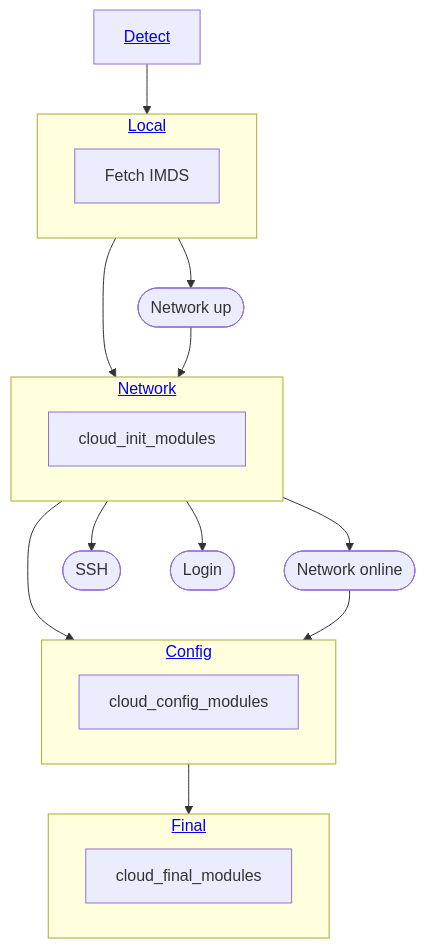
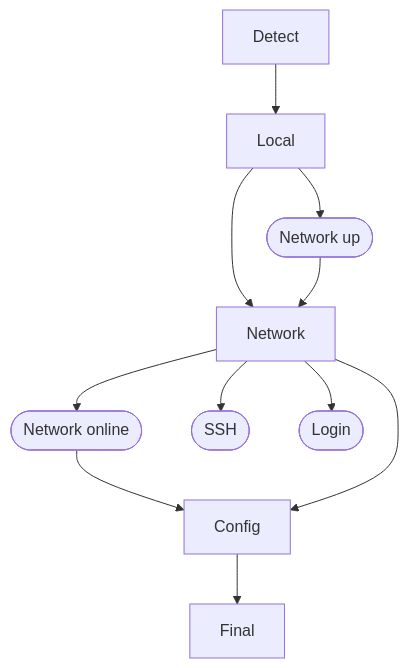
Before and after one commit to canonical/cloud-init: the diagram in doc/rtd/explanation/boot.rst, drawn with Mermaid.

```diff
--- a/doc/rtd/explanation/boot.rst
+++ b/doc/rtd/explanation/boot.rst
@@ -12,33 +12,27 @@
 .. mermaid::
 
   graph TB
 
-    D["<a href='#detect'>Detect</a>"] --> L
+    D[Detect]
+    L[Local]
+    N[Network]
+    C[Config]
+    F[Final]
+
+    click L "#local"
+    click N "#network"
+    click D "#detect"
+    click C "#config"
+    click F "#final"
 
     L --> NU([Network up])
-    L --> N
-    NU --> N
-
-    subgraph L["<a href='#local'>Local</a>"]
-        FI[Fetch IMDS]
-    end
-
     N --> NO([Network online])
-    N --> C
-    NO --> C
     N --> S([SSH])
     N --> Login([Login])
 
-    subgraph N["<a href='#network'>Network</a>"]
-        cloud_init_modules
-    end
-    %% cloud_config_modules
-
-    subgraph C["<a href='#config'>Config</a>"]
-        cloud_config_modules
-    end
-
+    D --> L
+    L --> N
+    NU --> N
+    NO --> C
+    N --> C
     C --> F
-    subgraph F["<a href='#final'>Final</a>"]
-        cloud_final_modules
-    end
```
